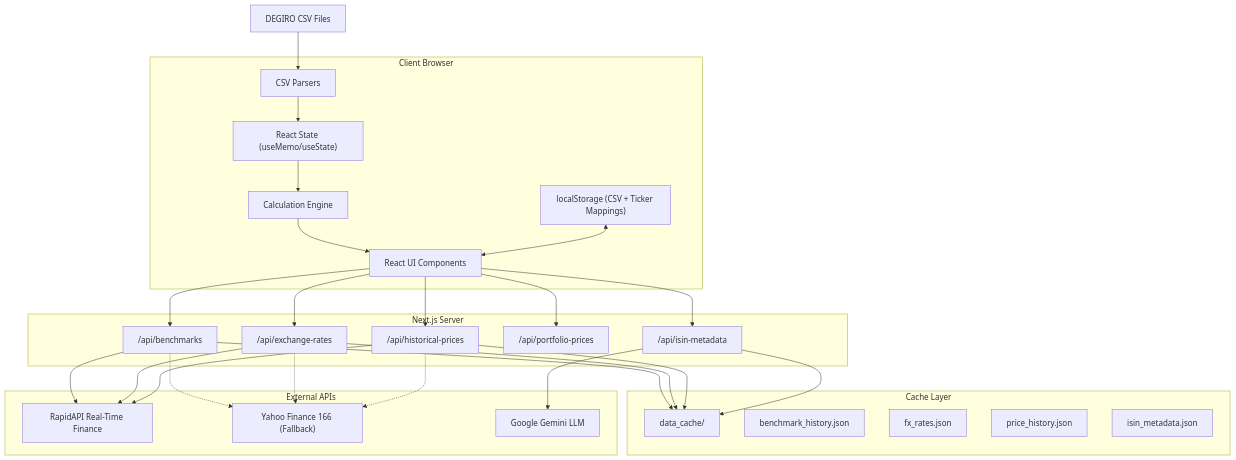
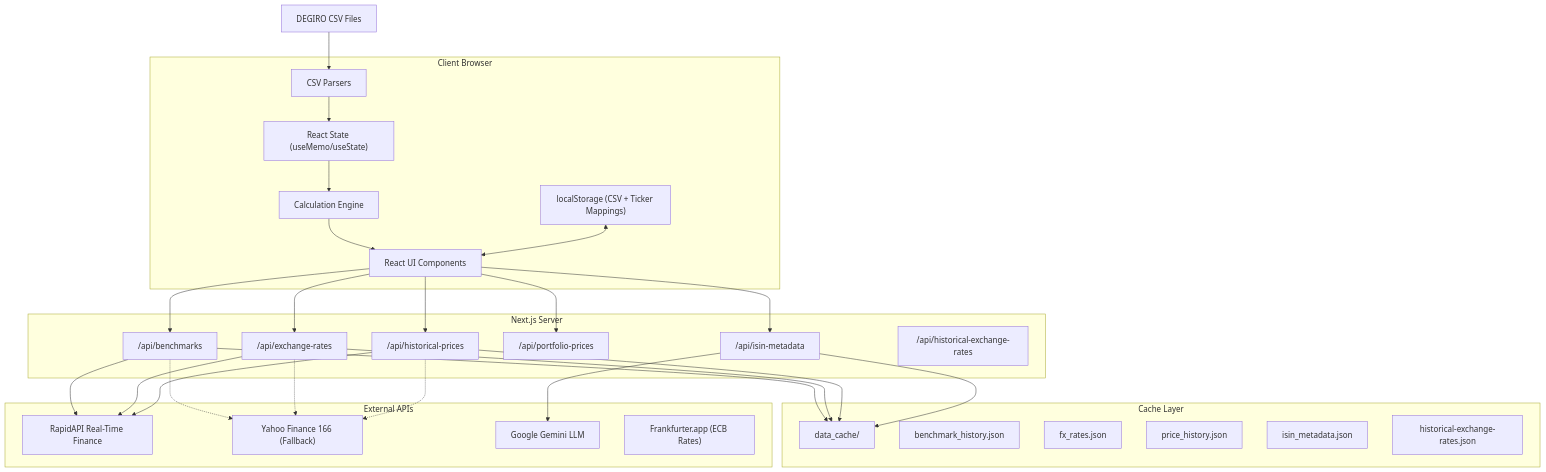
Before and after one commit to FabbriMatteo6/degiro_portfolio-tracker: the first of 4 diagrams in TECHNICAL_ARCHITECTURE.md, drawn with Mermaid. The commit also changed other lines of this file and 24 other files, not shown here.

````diff
--- a/TECHNICAL_ARCHITECTURE.md
+++ b/TECHNICAL_ARCHITECTURE.md
@@ -31,57 +31,60 @@
 ```mermaid
 graph TB
     subgraph "Client Browser"
         UI["React UI Components"]
         State["React State (useMemo/useState)"]
         Storage["localStorage (CSV + Ticker Mappings)"]
         Parsers["CSV Parsers"]
         Calc["Calculation Engine"]
     end
     
     subgraph "Next.js Server"
         API1["/api/benchmarks"]
         API2["/api/exchange-rates"]
         API3["/api/historical-prices"]
         API4["/api/portfolio-prices"]
         API5["/api/isin-metadata"]
+        API6["/api/historical-exchange-rates"]
     end
     
     subgraph "Cache Layer"
         Cache["data_cache/"]
         BC["benchmark_history.json"]
         FX["fx_rates.json"]
         PH["price_history.json"]
         IM["isin_metadata.json"]
+        HFX["historical-exchange-rates.json"]
     end
     
     subgraph "External APIs"
         RapidAPI["RapidAPI Real-Time Finance"]
         YahooAPI["Yahoo Finance 166 (Fallback)"]
         GeminiAPI["Google Gemini LLM"]
+        FrankfurterAPI["Frankfurter.app (ECB Rates)"]
     end
     
     CSV["DEGIRO CSV Files"] --> Parsers
     Parsers --> State
     State --> Calc
     Calc --> UI
     Storage <--> UI
     
     UI --> API1
     UI --> API2
     UI --> API3
     UI --> API4
     UI --> API5
     
     API1 --> Cache
     API2 --> Cache
     API3 --> Cache
     API5 --> Cache
     
     API1 --> RapidAPI
     API1 -.-> YahooAPI
     API2 --> RapidAPI
     API2 -.-> YahooAPI
     API3 --> RapidAPI
     API3 -.-> YahooAPI
     API5 --> GeminiAPI
 ```
````
